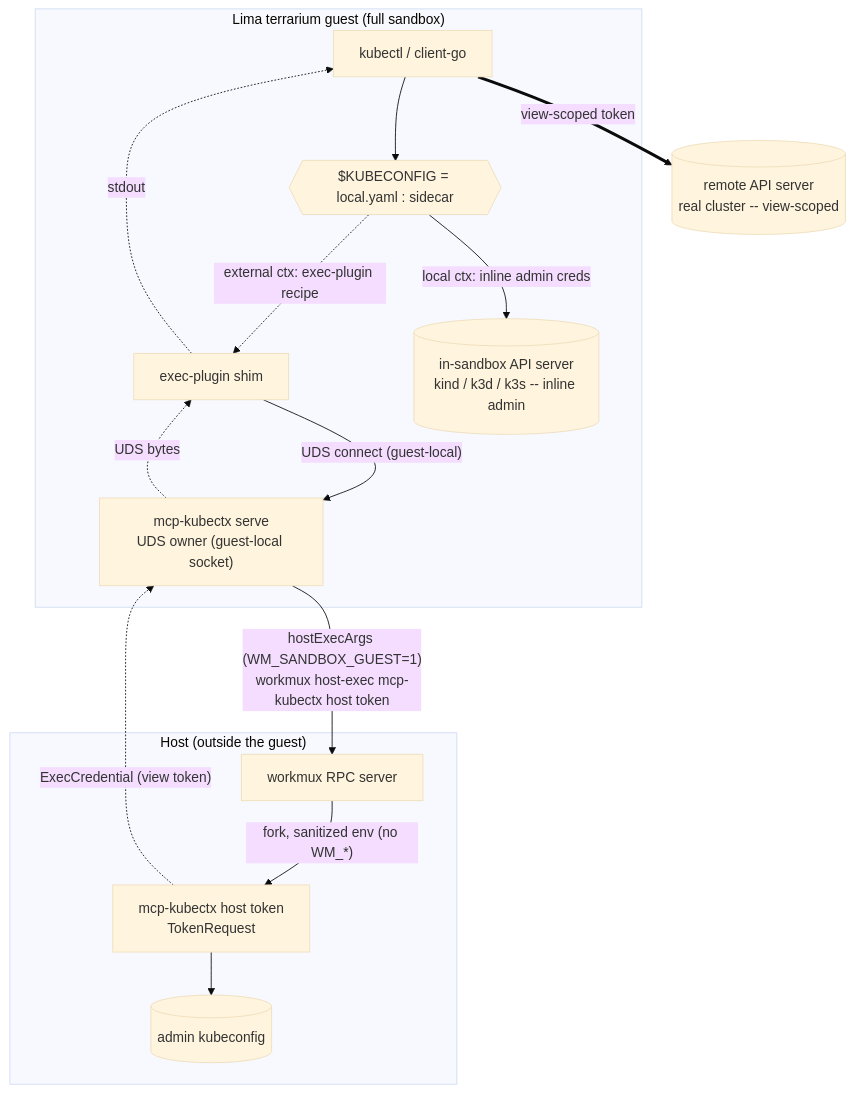
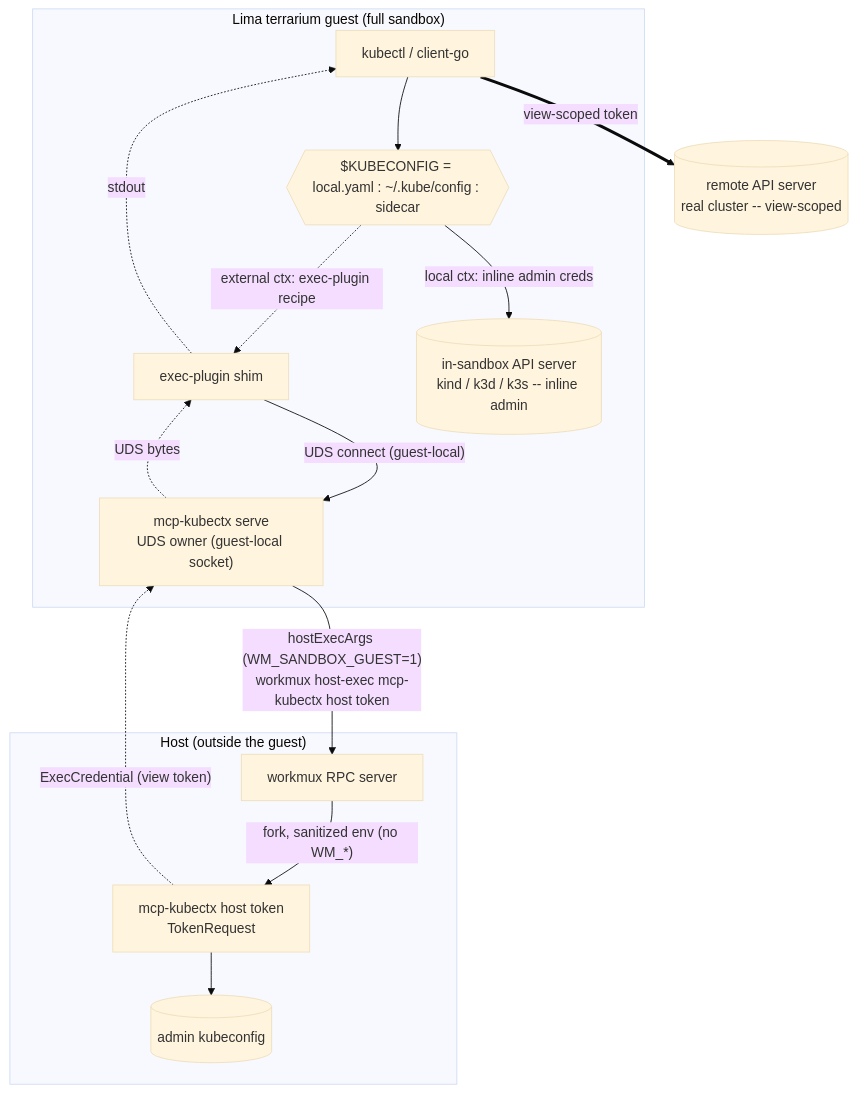
One commit to MacroPower/dotfiles changed the second of 2 diagrams in tools/mcp-kubectx/README.md. Above: the diagram before and after it, drawn with Mermaid (base theme). The commit also changed other lines of this file and 7 other files, not shown here.

First line of the commit message:
feat(kubectx): treat guest ~/.kube/config as a local source

````diff
--- a/tools/mcp-kubectx/README.md
+++ b/tools/mcp-kubectx/README.md
@@ -116,28 +116,28 @@
 ```mermaid
 flowchart TB
   subgraph guest["Lima terrarium guest (full sandbox)"]
     kubectl["kubectl / client-go"]
-    kcfg{{"$KUBECONFIG = local.yaml : sidecar"}}
+    kcfg{{"$KUBECONFIG = local.yaml : ~/.kube/config : sidecar"}}
     plugin["exec-plugin shim"]
     serve["mcp-kubectx serve<br/>UDS owner (guest-local socket)"]
     lapi[("in-sandbox API server<br/>kind / k3d / k3s -- inline admin")]
     kubectl --> kcfg
   end
 
   subgraph host["Host (outside the guest)"]
     wm["workmux RPC server"]
     htoken["mcp-kubectx host token<br/>TokenRequest"]
     admin[("admin kubeconfig")]
     wm -->|"fork, sanitized env (no WM_*)"| htoken
     htoken --> admin
   end
 
   kcfg -->|"local ctx: inline admin creds"| lapi
   kcfg -.->|"external ctx: exec-plugin recipe"| plugin
   plugin -->|"UDS connect (guest-local)"| serve
   serve -->|"hostExecArgs (WM_SANDBOX_GUEST=1)<br/>workmux host-exec mcp-kubectx host token"| wm
   htoken -.->|"ExecCredential (view token)"| serve
   serve -.->|"UDS bytes"| plugin
   plugin -.->|"stdout"| kubectl
   kubectl ==>|"view-scoped token"| remote[("remote API server<br/>real cluster -- view-scoped")]
 ```
````
